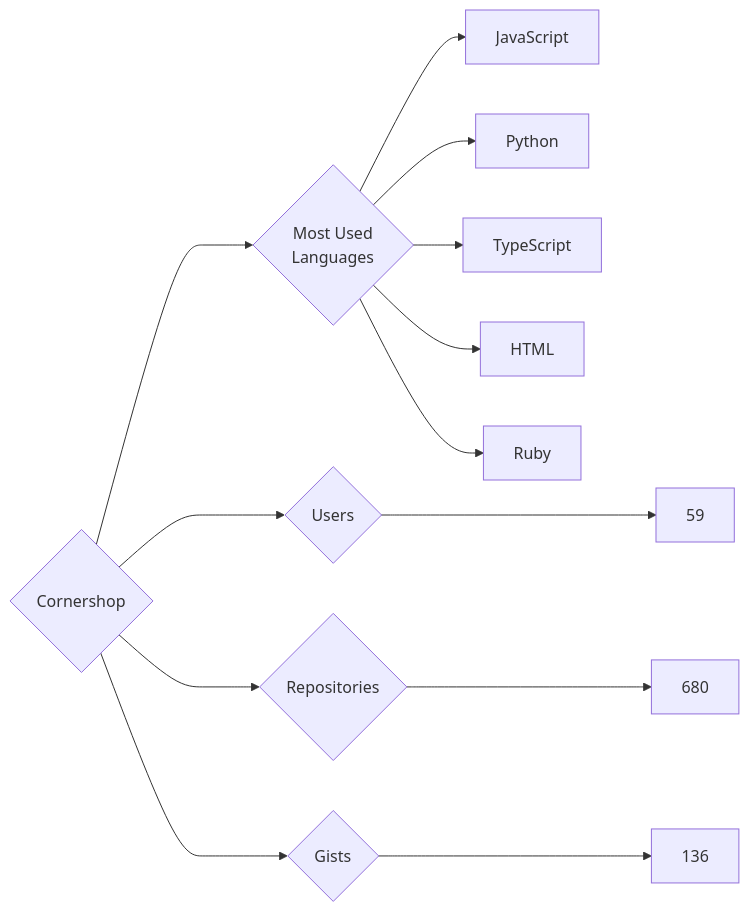
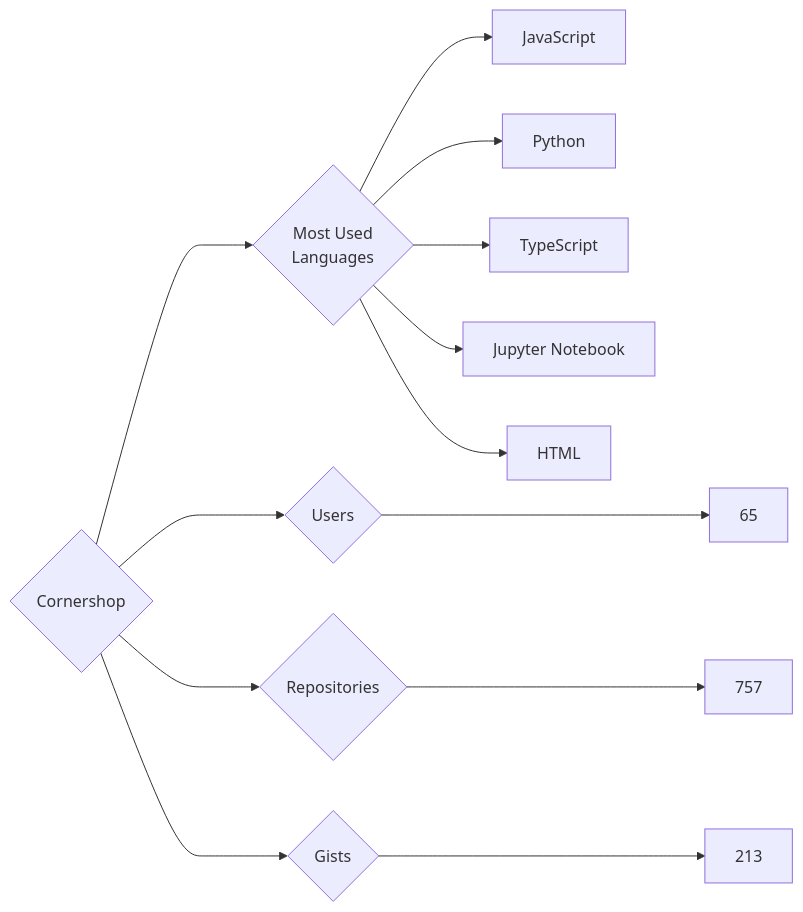
Before and after one commit to trickest/insiders: the diagram in targets/Cornershop/README.md, drawn with Mermaid. The commit also changed 736 other files, not shown here.

````diff
--- a/targets/Cornershop/README.md
+++ b/targets/Cornershop/README.md
@@ -3,13 +3,13 @@
 ```mermaid
 graph LR
 COMPANY_NAME{Cornershop}
-COMPANY_NAME ---> U{Users} ---> UN[59]
-COMPANY_NAME ---> R{Repositories} ---> RN[680]
-COMPANY_NAME ---> G{Gists} ---> GN[136]
+COMPANY_NAME ---> U{Users} ---> UN[65]
+COMPANY_NAME ---> R{Repositories} ---> RN[757]
+COMPANY_NAME ---> G{Gists} ---> GN[213]
 COMPANY_NAME ---> ML{Most Used<br>Languages}
 ML --> JavaScript[JavaScript]
 ML --> Python[Python]
 ML --> TypeScript[TypeScript]
+ML --> Jupyter_Notebook[Jupyter Notebook]
 ML --> HTML[HTML]
-ML --> Ruby[Ruby]
 ```
````
